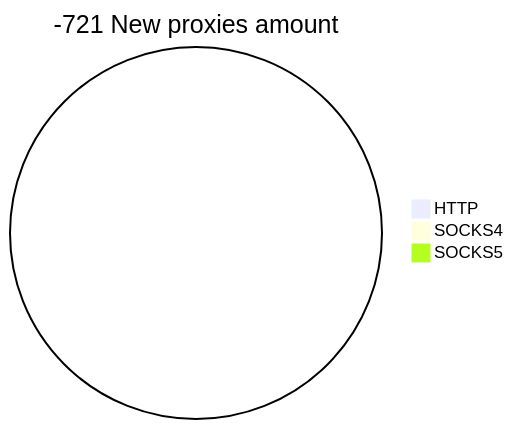
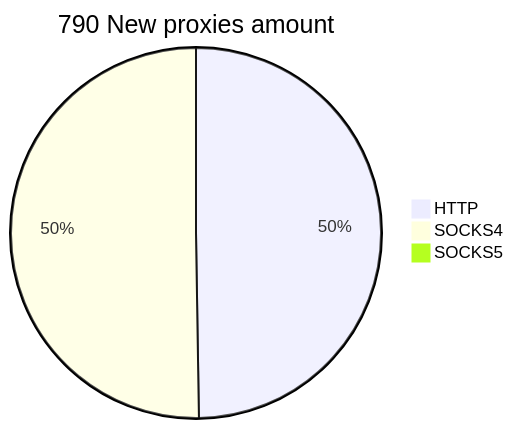
The second of 2 diagrams in README.md (cutipu/proxylist), drawn with Mermaid before and after one commit. The commit also changed other lines of this file, not shown here.

````diff
--- a/README.md
+++ b/README.md
@@ -10,6 +10,6 @@
 ```mermaid
-pie title -721 New proxies amount
-    "HTTP" : 0
-    "SOCKS4" : 0
+pie title 790 New proxies amount
+    "HTTP" : 393
+    "SOCKS4" : 397
     "SOCKS5" : 0
 ```
````
